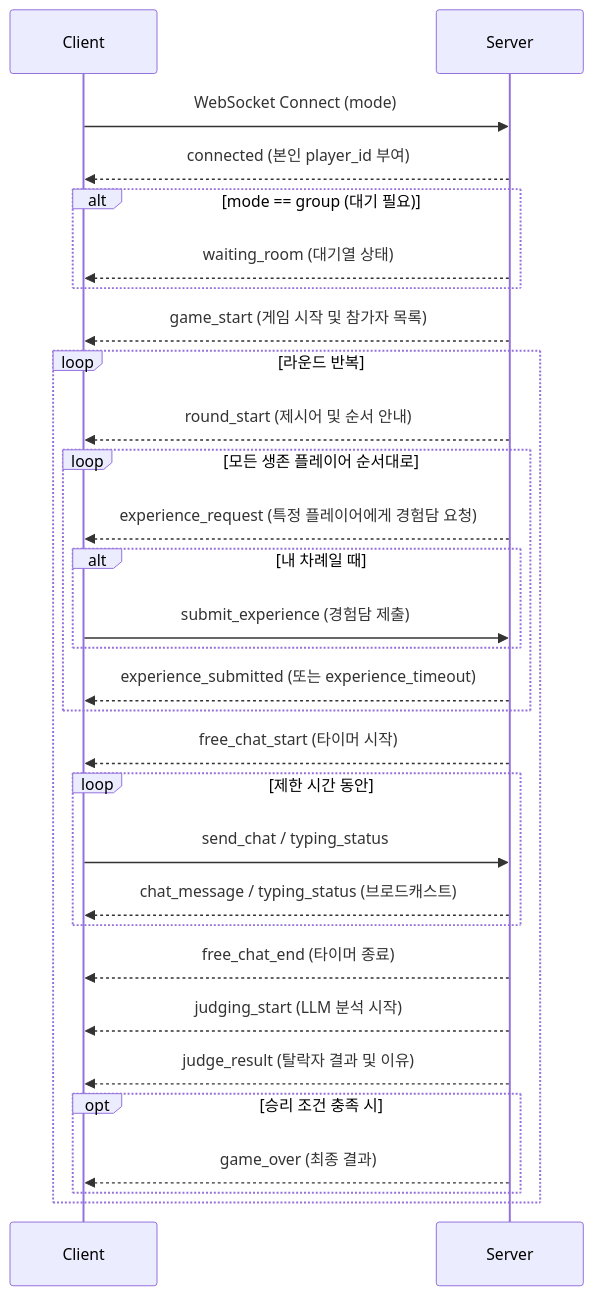
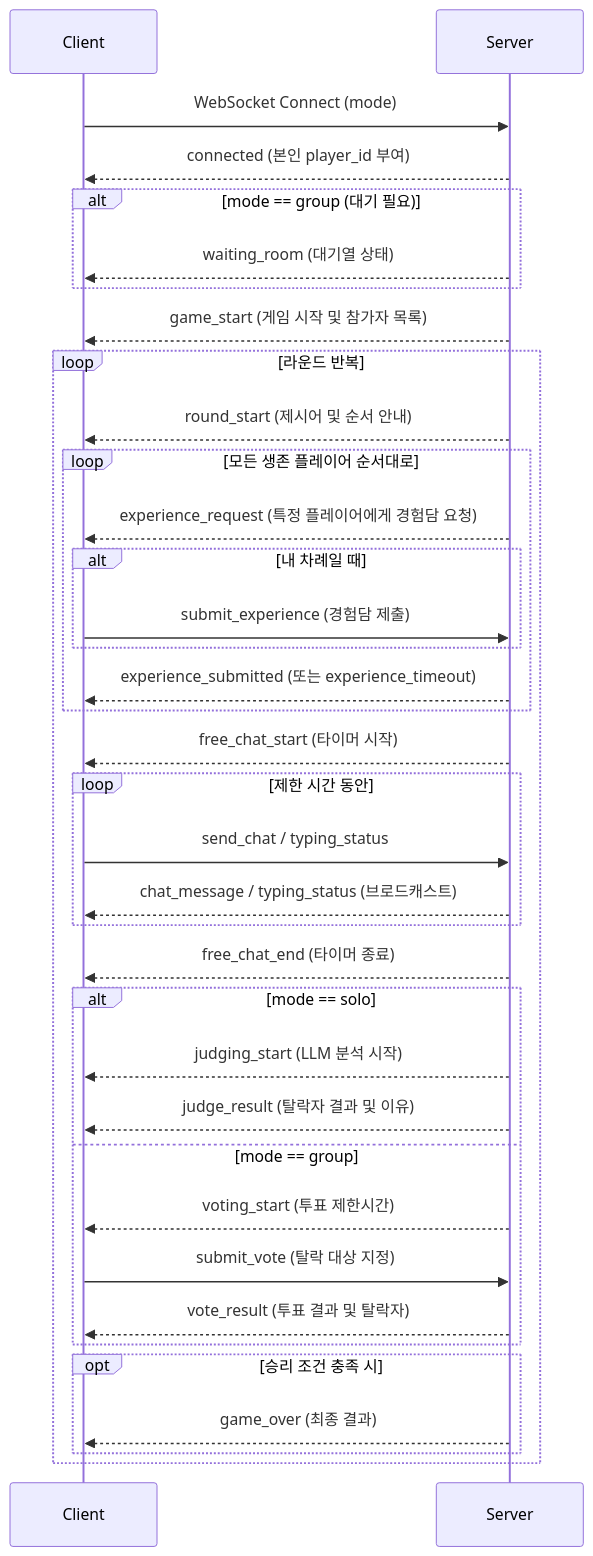
One commit to WaltDev29/AI-Mafia changed the diagram in websocket_api_docs.md. Above: the diagram before and after it, drawn with Mermaid. The commit also changed other lines of this file and 7 other files, not shown here.

````diff
--- a/websocket_api_docs.md
+++ b/websocket_api_docs.md
@@ -14,46 +14,52 @@
 ```mermaid
 sequenceDiagram
     participant C as Client
     participant S as Server
     
     %% 연결 및 대기
     C->>S: WebSocket Connect (mode)
     S-->>C: connected (본인 player_id 부여)
     alt mode == group (대기 필요)
         S-->>C: waiting_room (대기열 상태)
     end
     
     %% 게임 시작
     S-->>C: game_start (게임 시작 및 참가자 목록)
     
     loop 라운드 반복
         %% 라운드 시작
         S-->>C: round_start (제시어 및 순서 안내)
         
         %% 경험 공유 단계
         loop 모든 생존 플레이어 순서대로
             S-->>C: experience_request (특정 플레이어에게 경험담 요청)
             alt 내 차례일 때
                 C->>S: submit_experience (경험담 제출)
             end
             S-->>C: experience_submitted (또는 experience_timeout)
         end
         
         %% 자유 대화 단계
         S-->>C: free_chat_start (타이머 시작)
         loop 제한 시간 동안
             C->>S: send_chat / typing_status
             S-->>C: chat_message / typing_status (브로드캐스트)
         end
         S-->>C: free_chat_end (타이머 종료)
         
-        %% 판정 단계
-        S-->>C: judging_start (LLM 분석 시작)
-        S-->>C: judge_result (탈락자 결과 및 이유)
+        %% 판정 단계 또는 투표 단계
+        alt mode == solo
+            S-->>C: judging_start (LLM 분석 시작)
+            S-->>C: judge_result (탈락자 결과 및 이유)
+        else mode == group
+            S-->>C: voting_start (투표 제한시간)
+            C->>S: submit_vote (탈락 대상 지정)
+            S-->>C: vote_result (투표 결과 및 탈락자)
+        end
         
         %% 게임 종료 체크
         opt 승리 조건 충족 시
             S-->>C: game_over (최종 결과)
         end
     end
 ```
````
